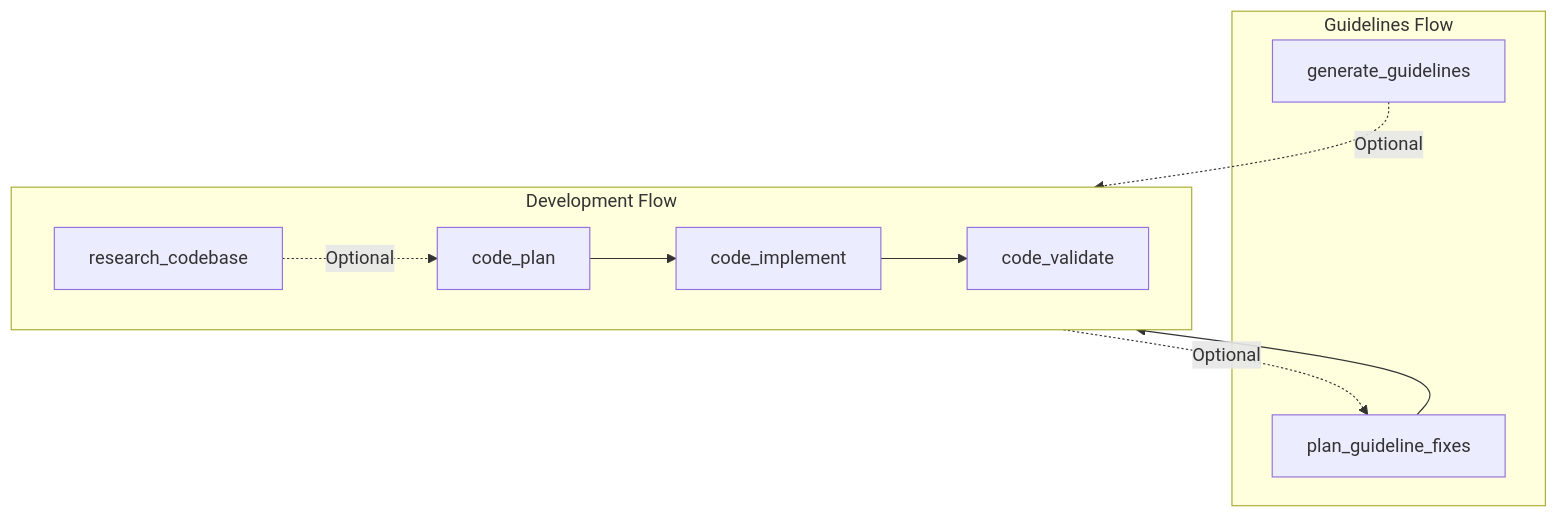
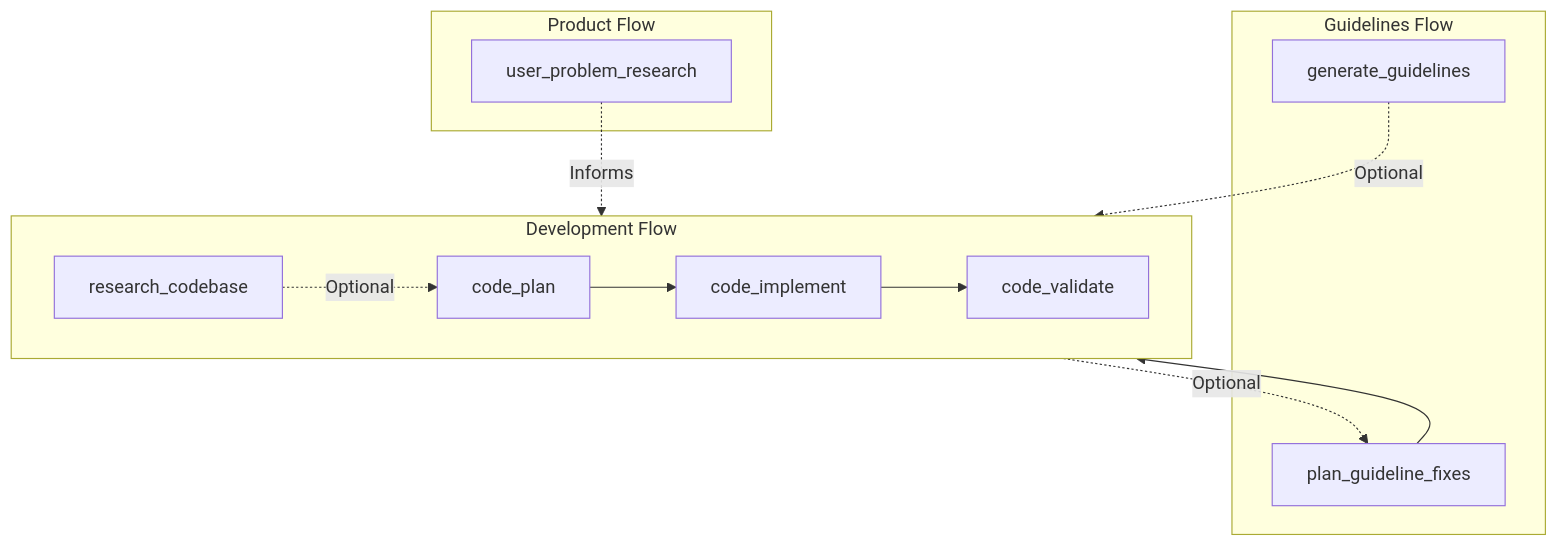
Before and after one commit to Jonksar/cursor-research-plan-implement: the diagram in README.md, drawn with Mermaid. The commit also changed other lines of this file and 11 other files, not shown here.

````diff
--- a/README.md
+++ b/README.md
@@ -51,20 +51,25 @@
 ```mermaid
 flowchart TD
     subgraph Guidelines_Flow [Guidelines Flow]
         GL[generate_guidelines]
         GLF[plan_guideline_fixes]
+    end
+
+    subgraph Product_Flow [Product Flow]
+        PR[user_problem_research]
     end
 
     subgraph Dev_Flow [Development Flow]
         direction LR
         RC[research_codebase] -.->|Optional| CP[code_plan]
         CP --> CI[code_implement] --> CV[code_validate]
     end
 
     %% Flow Connections
+    PR -.->|Informs| CP
 
     %% Guideline Connections
     GL -.->|Optional| CP
     CV -.->|Optional| GLF
     GLF --> CI
 ```
````
